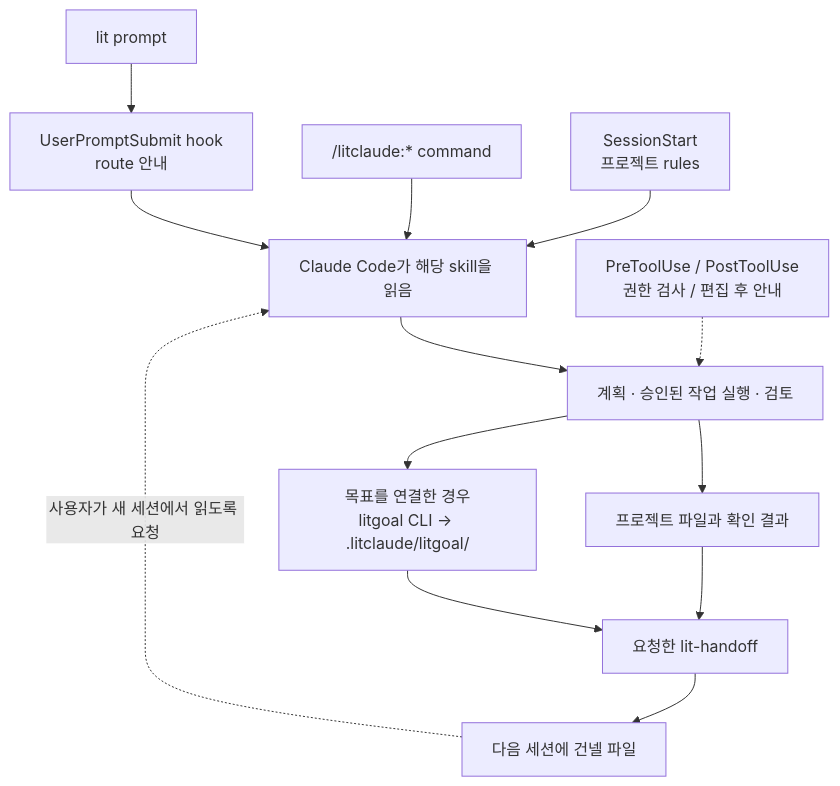
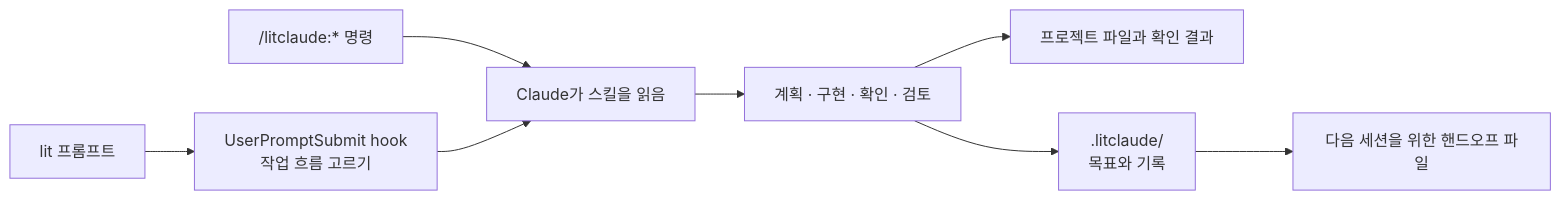
Before and after one commit to wjgoarxiv/litclaude: the diagram in README_ko-KR.md, drawn with Mermaid. The commit also changed other lines of this file and 91 other files, not shown here.

````diff
--- a/README_ko-KR.md
+++ b/README_ko-KR.md
@@ -485,15 +156,10 @@
 ```mermaid
-flowchart TD
-    P["lit prompt"] --> H["UserPromptSubmit hook<br/>route 안내"]
-    C["/litclaude:* command"] --> S["Claude Code가 해당 skill을 읽음"]
+flowchart LR
+    P["lit 프롬프트"] --> H["UserPromptSubmit hook<br/>작업 흐름 고르기"]
+    C["/litclaude:* 명령"] --> S["Claude가 스킬을 읽음"]
     H --> S
-    R["SessionStart<br/>프로젝트 rules"] --> S
-    S --> W["계획 · 승인된 작업 실행 · 검토"]
-    T["PreToolUse / PostToolUse<br/>권한 검사 / 편집 후 안내"] -.-> W
+    S --> W["계획 · 구현 · 확인 · 검토"]
     W --> F["프로젝트 파일과 확인 결과"]
-    W --> L["목표를 연결한 경우<br/>litgoal CLI → .litclaude/litgoal/"]
-    F --> Q["요청한 lit-handoff"]
-    L --> Q
-    Q --> N["다음 세션에 건넬 파일"]
-    N -. "사용자가 새 세션에서 읽도록 요청" .-> S
+    W --> L[".litclaude/<br/>목표와 기록"]
+    L --> N["다음 세션을 위한 핸드오프 파일"]
 ```
````
